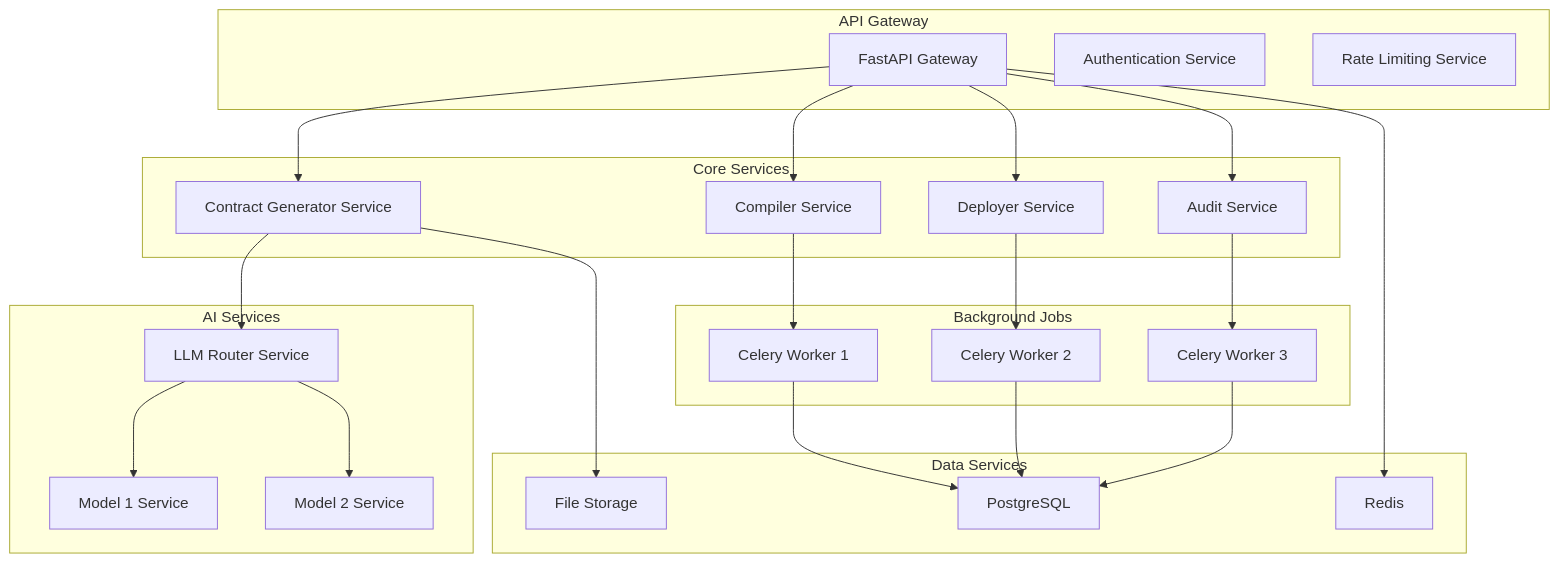
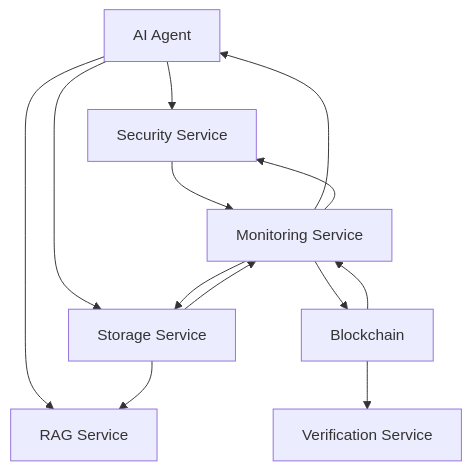
One commit to JustineDevs/Hyperkit-Agent changed the fourth of 13 diagrams in hyperkit-agent/docs/ARCHITECTURE_DIAGRAMS.md. Above: the diagram before and after it, drawn with Mermaid. The commit also changed other lines of this file and 118 other files, not shown here.

````diff
--- a/hyperkit-agent/docs/ARCHITECTURE_DIAGRAMS.md
+++ b/hyperkit-agent/docs/ARCHITECTURE_DIAGRAMS.md
@@ -182,49 +150,19 @@
 ```mermaid
-graph TB
-    subgraph "API Gateway"
-        A[FastAPI Gateway]
-        B[Authentication Service]
-        C[Rate Limiting Service]
-    end
+graph TD
+    AI[AI Agent] --> RAG[RAG Service]
+    AI --> SEC[Security Service]
+    AI --> ST[Storage Service]
     
-    subgraph "Core Services"
-        D[Contract Generator Service]
-        E[Compiler Service]
-        F[Deployer Service]
-        G[Audit Service]
-    end
+    BC[Blockchain] --> MON[Monitoring Service]
+    BC --> VER[Verification Service]
     
-    subgraph "AI Services"
-        H[LLM Router Service]
-        I[Model 1 Service]
-        J[Model 2 Service]
-    end
+    ST --> MON[Monitoring Service]
+    ST --> RAG[RAG Service]
     
-    subgraph "Background Jobs"
-        K[Celery Worker 1]
-        L[Celery Worker 2]
-        M[Celery Worker 3]
-    end
+    SEC --> MON[Monitoring Service]
     
-    subgraph "Data Services"
-        N[PostgreSQL]
-        O[Redis]
-        P[File Storage]
-    end
-    
-    A --> D
-    A --> E
-    A --> F
-    A --> G
-    D --> H
-    H --> I
-    H --> J
-    E --> K
-    F --> L
-    G --> M
-    K --> N
-    L --> N
-    M --> N
-    A --> O
-    D --> P
+    MON --> AI[AI Agent]
+    MON --> BC[Blockchain]
+    MON --> ST[Storage Service]
+    MON --> SEC[Security Service]
 ```
````
